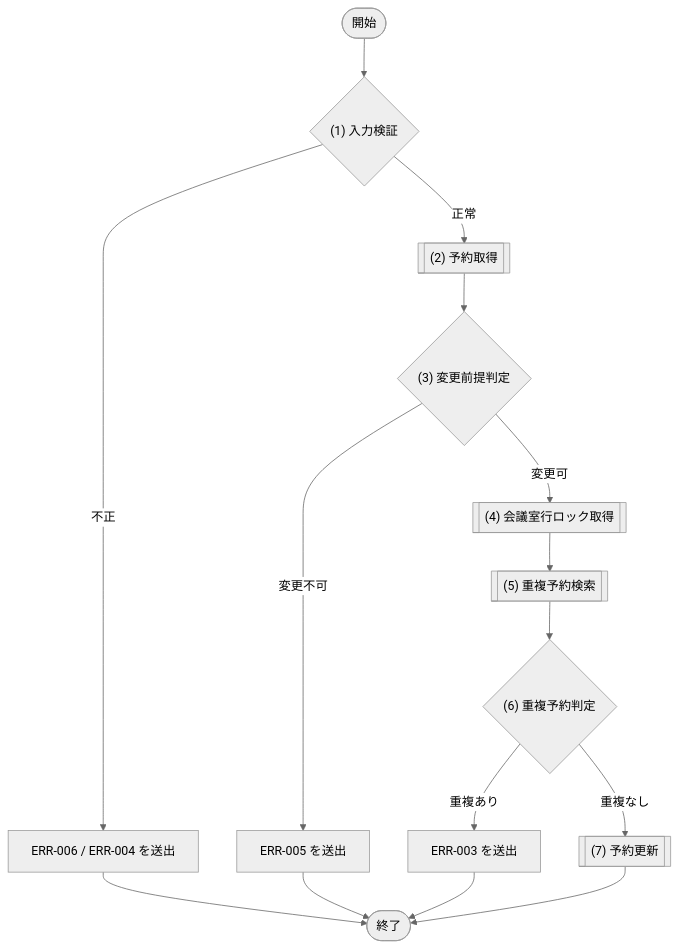
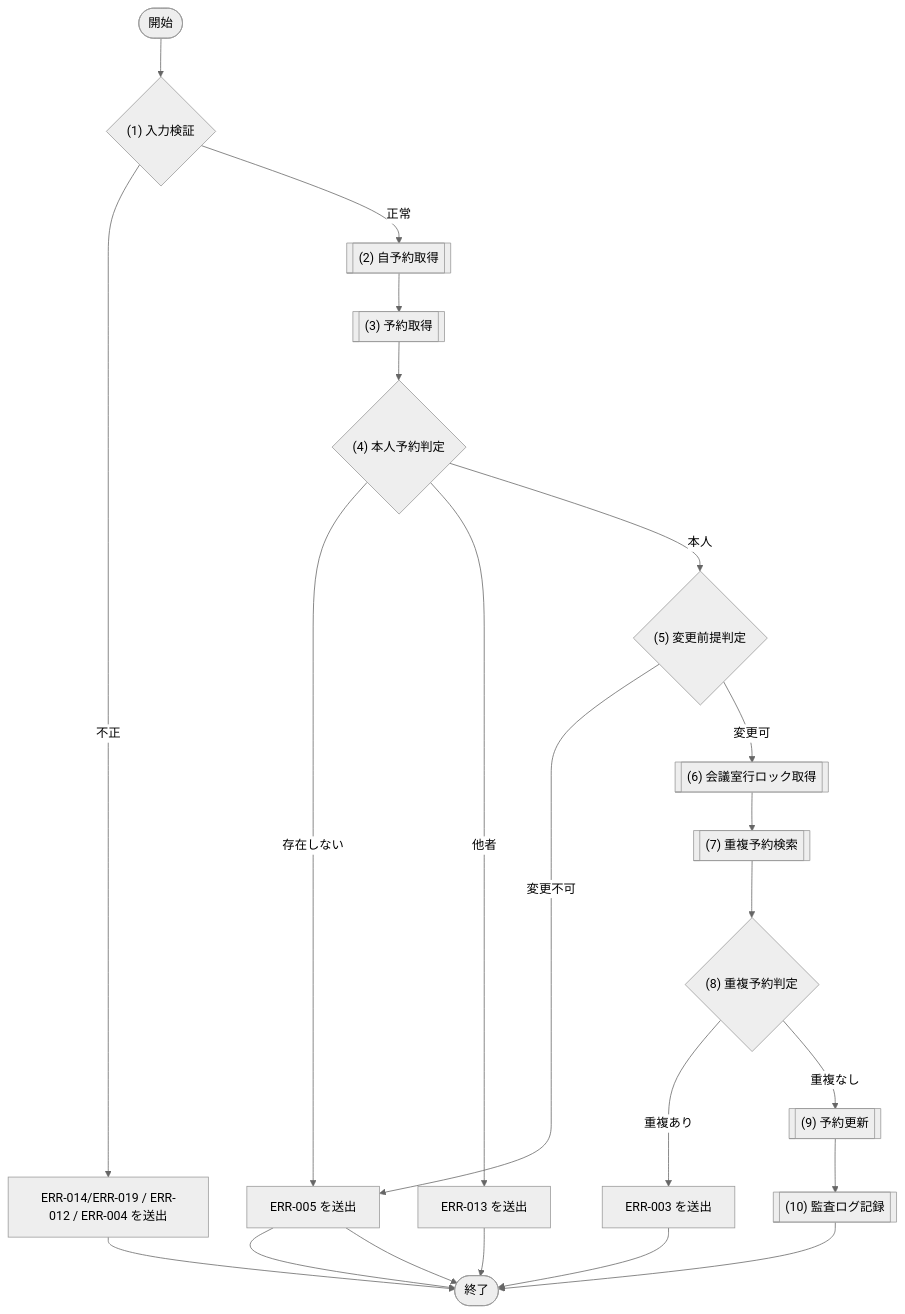
One commit to sikakou54/system-document-template changed the third of 6 diagrams in docs/03_機能設計/06_モジュール設計/MOD-003_予約サービス.md. Above: the diagram before and after it, drawn with Mermaid (neutral theme). The commit also changed other lines of this file and 136 other files, not shown here.

````diff
--- a/docs/03_機能設計/06_モジュール設計/MOD-003_予約サービス.md
+++ b/docs/03_機能設計/06_モジュール設計/MOD-003_予約サービス.md
@@ -374,23 +404,30 @@
 ```mermaid
 flowchart TD
   Start([開始])
   D1{"(1) 入力検証"}
-  P1[["(2) 予約取得"]]
-  D2{"(3) 変更前提判定"}
-  P2[["(4) 会議室行ロック取得"]]
-  P3[["(5) 重複予約検索"]]
-  D3{"(6) 重複予約判定"}
-  P4[["(7) 予約更新"]]
-  E1["ERR-006 / ERR-004 を送出"]
+  P1[["(2) 自予約取得"]]
+  P2[["(3) 予約取得"]]
+  D2{"(4) 本人予約判定"}
+  D3{"(5) 変更前提判定"}
+  P3[["(6) 会議室行ロック取得"]]
+  P4[["(7) 重複予約検索"]]
+  D4{"(8) 重複予約判定"}
+  P5[["(9) 予約更新"]]
+  P6[["(10) 監査ログ記録"]]
+  E1["ERR-014/ERR-019 / ERR-012 / ERR-004 を送出"]
   E2["ERR-005 を送出"]
-  E3["ERR-003 を送出"]
+  E3["ERR-013 を送出"]
+  E4["ERR-003 を送出"]
   End([終了])
 
   Start --> D1
   D1 -- "不正" --> E1 --> End
-  D1 -- "正常" --> P1 --> D2
-  D2 -- "変更不可" --> E2 --> End
-  D2 -- "変更可" --> P2 --> P3 --> D3
-  D3 -- "重複あり" --> E3 --> End
-  D3 -- "重複なし" --> P4 --> End
+  D1 -- "正常" --> P1 --> P2 --> D2
+  D2 -- "存在しない" --> E2 --> End
+  D2 -- "他者" --> E3 --> End
+  D2 -- "本人" --> D3
+  D3 -- "変更不可" --> E2 --> End
+  D3 -- "変更可" --> P3 --> P4 --> D4
+  D4 -- "重複あり" --> E4 --> End
+  D4 -- "重複なし" --> P5 --> P6 --> End
 ```
````
